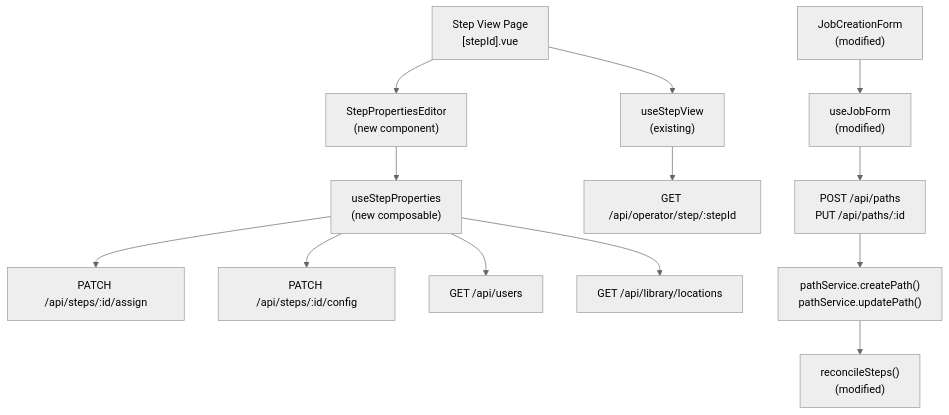
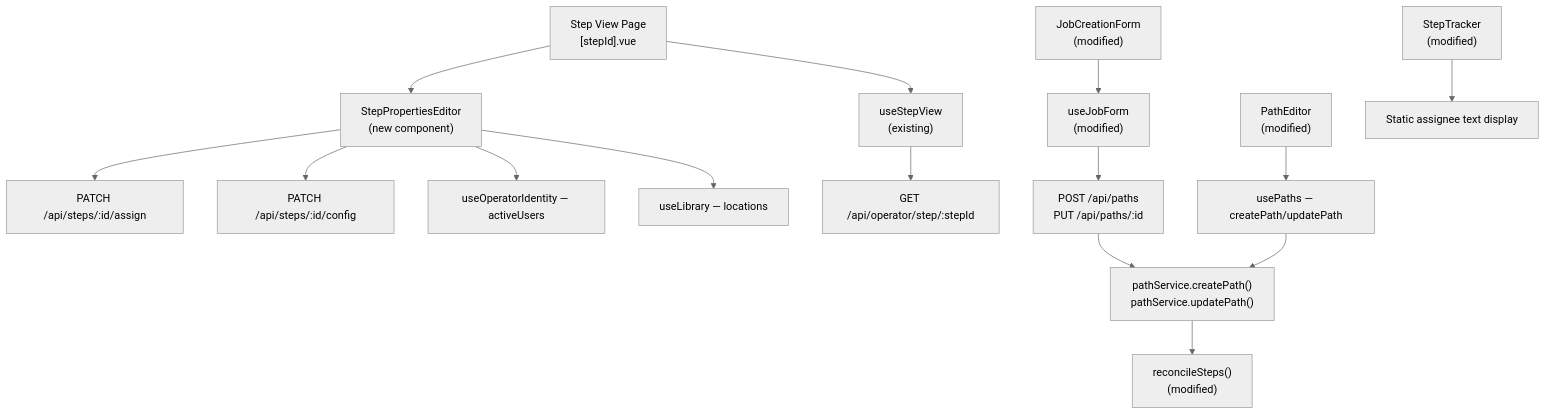
One commit to XanderLuciano/shop-planr changed the diagram in .kiro/specs/edit-step-properties/design.md. Above: the diagram before and after it, drawn with Mermaid (neutral theme). The commit also changed other lines of this file and 2 other files, not shown here.

````diff
--- a/.kiro/specs/edit-step-properties/design.md
+++ b/.kiro/specs/edit-step-properties/design.md
@@ -14,16 +17,20 @@
 ```mermaid
 graph TD
     A["Step View Page<br/>[stepId].vue"] --> B["StepPropertiesEditor<br/>(new component)"]
-    B --> C["useStepProperties<br/>(new composable)"]
-    C --> D["PATCH /api/steps/:id/assign"]
-    C --> E["PATCH /api/steps/:id/config"]
-    C --> F["GET /api/users"]
-    C --> G["GET /api/library/locations"]
+    B --> D["PATCH /api/steps/:id/assign"]
+    B --> E["PATCH /api/steps/:id/config"]
+    B --> F["useOperatorIdentity — activeUsers"]
+    B --> G["useLibrary — locations"]
     A --> H["useStepView<br/>(existing)"]
     H --> I["GET /api/operator/step/:stepId"]
 
     J["JobCreationForm<br/>(modified)"] --> K["useJobForm<br/>(modified)"]
     K --> L["POST /api/paths<br/>PUT /api/paths/:id"]
     L --> M["pathService.createPath()<br/>pathService.updatePath()"]
     M --> N["reconcileSteps()<br/>(modified)"]
+
+    O["PathEditor<br/>(modified)"] --> P["usePaths — createPath/updatePath"]
+    P --> M
+
+    Q["StepTracker<br/>(modified)"] --> R["Static assignee text display"]
 ```
````
